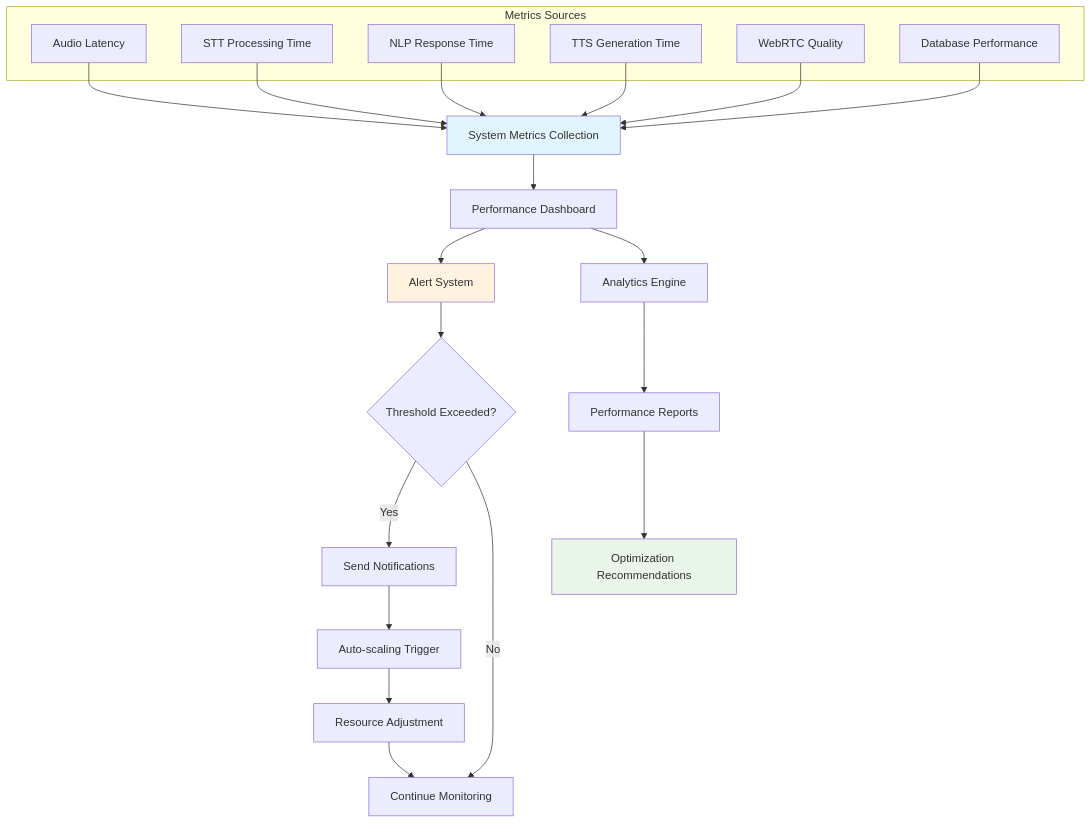
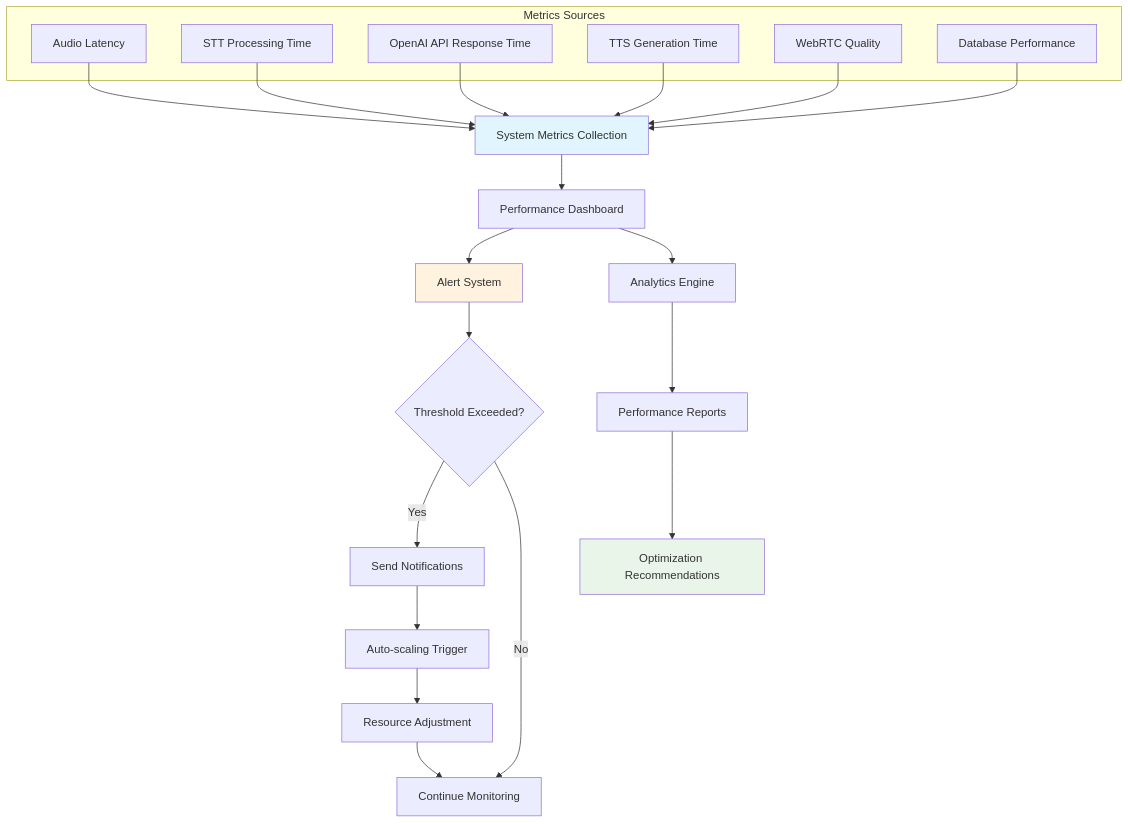
Before and after one commit to Harsh-31/test-cursor: the ninth of 9 diagrams in System_Flow_Diagrams.md, drawn with Mermaid. The commit also changed other lines of this file and 1 other file, not shown here.

Commit message:
Refactor system architecture to use OpenAI API for NLP tasks

````diff
--- a/System_Flow_Diagrams.md
+++ b/System_Flow_Diagrams.md
@@ -347,37 +333,37 @@
 ```mermaid
 graph TD
     A[System Metrics Collection] --> B[Performance Dashboard]
     
     subgraph "Metrics Sources"
         C[Audio Latency]
         D[STT Processing Time]
-        E[NLP Response Time]
+        E[OpenAI API Response Time]
         F[TTS Generation Time]
         G[WebRTC Quality]
         H[Database Performance]
     end
     
     C --> A
     D --> A
     E --> A
     F --> A
     G --> A
     H --> A
     
     B --> I[Alert System]
     I --> J{Threshold Exceeded?}
     J -->|Yes| K[Send Notifications]
     J -->|No| L[Continue Monitoring]
     
     K --> M[Auto-scaling Trigger]
     M --> N[Resource Adjustment]
     N --> L
     
     B --> O[Analytics Engine]
     O --> P[Performance Reports]
     P --> Q[Optimization Recommendations]
     
     style A fill:#e1f5fe
     style I fill:#fff3e0
     style Q fill:#e8f5e8
 ```
````
